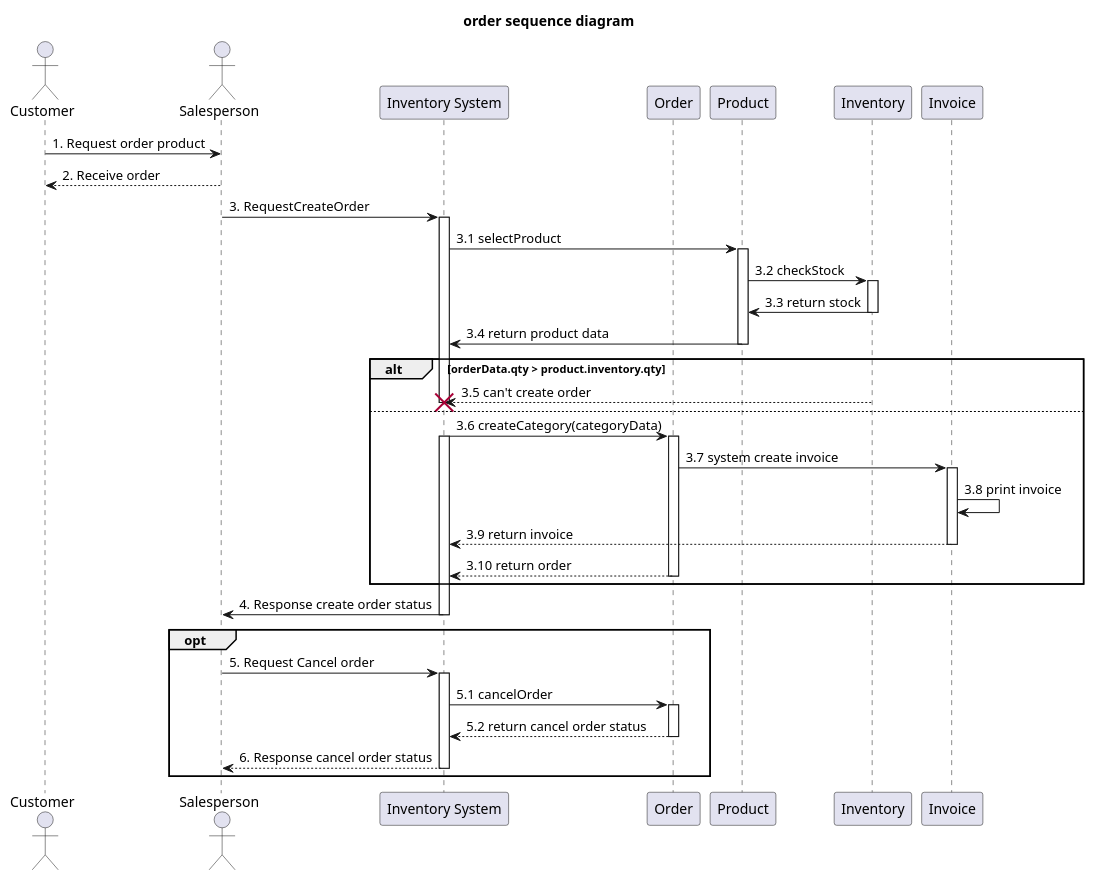
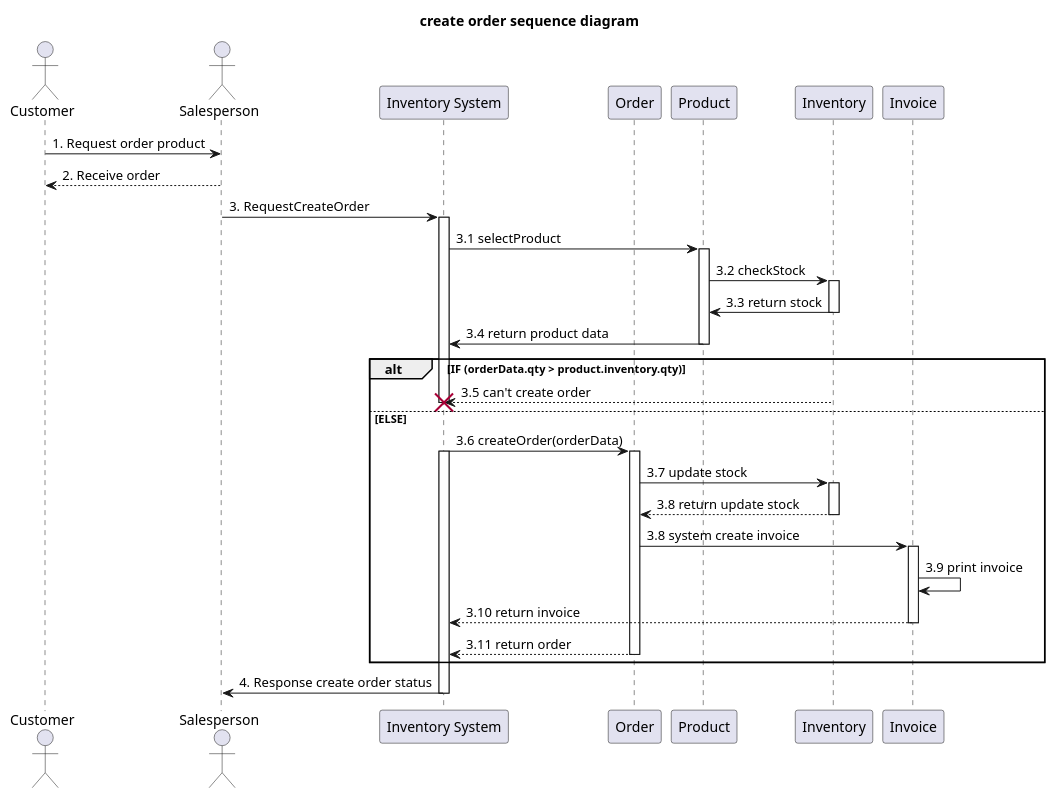
One commit to billowdev/inventory-system-plantuml-sequelize-seeder-example changed the diagram in system-analysis/sequence/_4_2_sequence-create-order.puml. Above: the diagram before and after it, drawn with PlantUML.

```diff
--- a/system-analysis/sequence/_4_2_sequence-create-order.puml
+++ b/system-analysis/sequence/_4_2_sequence-create-order.puml
@@ -1,79 +1,71 @@
 @startuml
 'example
-title order sequence diagram
+title create order sequence diagram
 
 actor Customer as actorCustomer
 
 actor Salesperson as actorSalesperson
 participant "Inventory System" as InventorySystem
 participant "Order" as classOrder
 participant "Product" as classProduct
 participant "Inventory" as classInventory
 participant "Invoice" as classInvoice
 
 
 actorCustomer -> actorSalesperson : 1. Request order product
 
 actorSalesperson --> actorCustomer : 2. Receive order
 
 actorSalesperson -> InventorySystem: 3. RequestCreateOrder
 activate InventorySystem
 
 '-------------- START create order ---------------
 InventorySystem -> classProduct: 3.1 selectProduct
 activate classProduct
 
 classProduct -> classInventory: 3.2 checkStock
 activate classInventory
 
 classInventory -> classProduct: 3.3 return stock
 deactivate classInventory
 
 classProduct -> InventorySystem: 3.4 return product data
 deactivate classProduct
 
-alt orderData.qty > product.inventory.qty
+alt IF (orderData.qty > product.inventory.qty)
 classInventory --> InventorySystem : 3.5 can't create order
 'deactivate InventorySystem
  destroy InventorySystem
 
-else
-InventorySystem -> classOrder: 3.6 createCategory(categoryData)
+else ELSE
 
+InventorySystem -> classOrder: 3.6 createOrder(orderData)
+activate classOrder
 activate InventorySystem
-activate classOrder
 
-classOrder -> classInvoice : 3.7 system create invoice
+classOrder -> classInventory: 3.7 update stock
+activate classInventory
+
+classInventory --> classOrder: 3.8 return update stock
+deactivate classInventory
+
+classOrder -> classInvoice : 3.8 system create invoice
 
 activate classInvoice
-classInvoice -> classInvoice : 3.8 print invoice
-classInvoice --> InventorySystem: 3.9 return invoice
+classInvoice -> classInvoice : 3.9 print invoice
+classInvoice --> InventorySystem: 3.10 return invoice
 
 deactivate classInvoice
-classOrder --> InventorySystem: 3.10 return order
+classOrder --> InventorySystem: 3.11 return order
 deactivate classOrder
 
 end
 
 
 InventorySystem -> actorSalesperson: 4. Response create order status
 deactivate InventorySystem
 
-'----------------------------- optional ---------------------
-opt
-actorSalesperson -> InventorySystem: 5. Request Cancel order
-activate InventorySystem
 
-InventorySystem -> classOrder: 5.1 cancelOrder
-activate classOrder
-
-classOrder --> InventorySystem: 5.2 return cancel order status
-deactivate classOrder
-
-InventorySystem --> actorSalesperson: 6. Response cancel order status
-deactivate InventorySystem
-
-end
 
 
 @enduml
```
